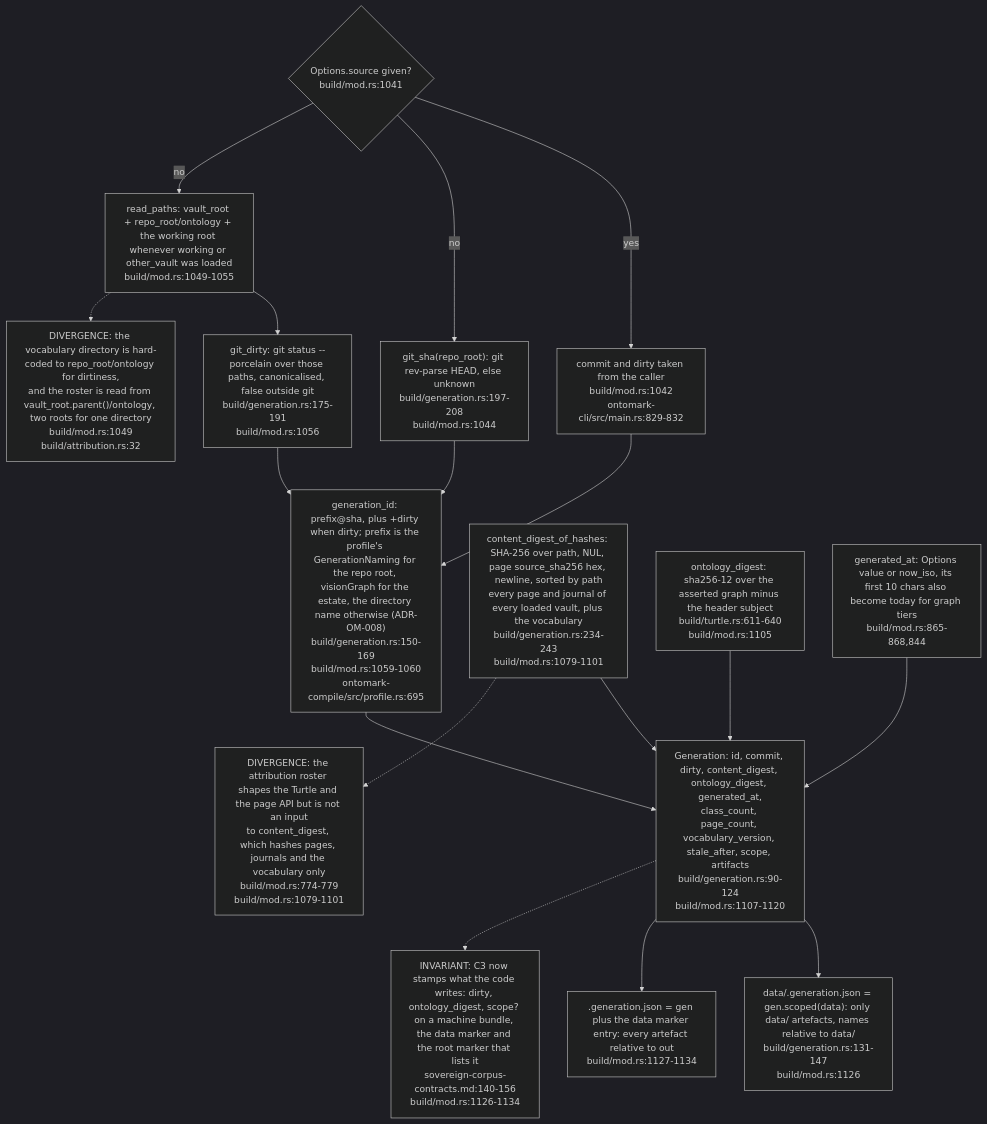
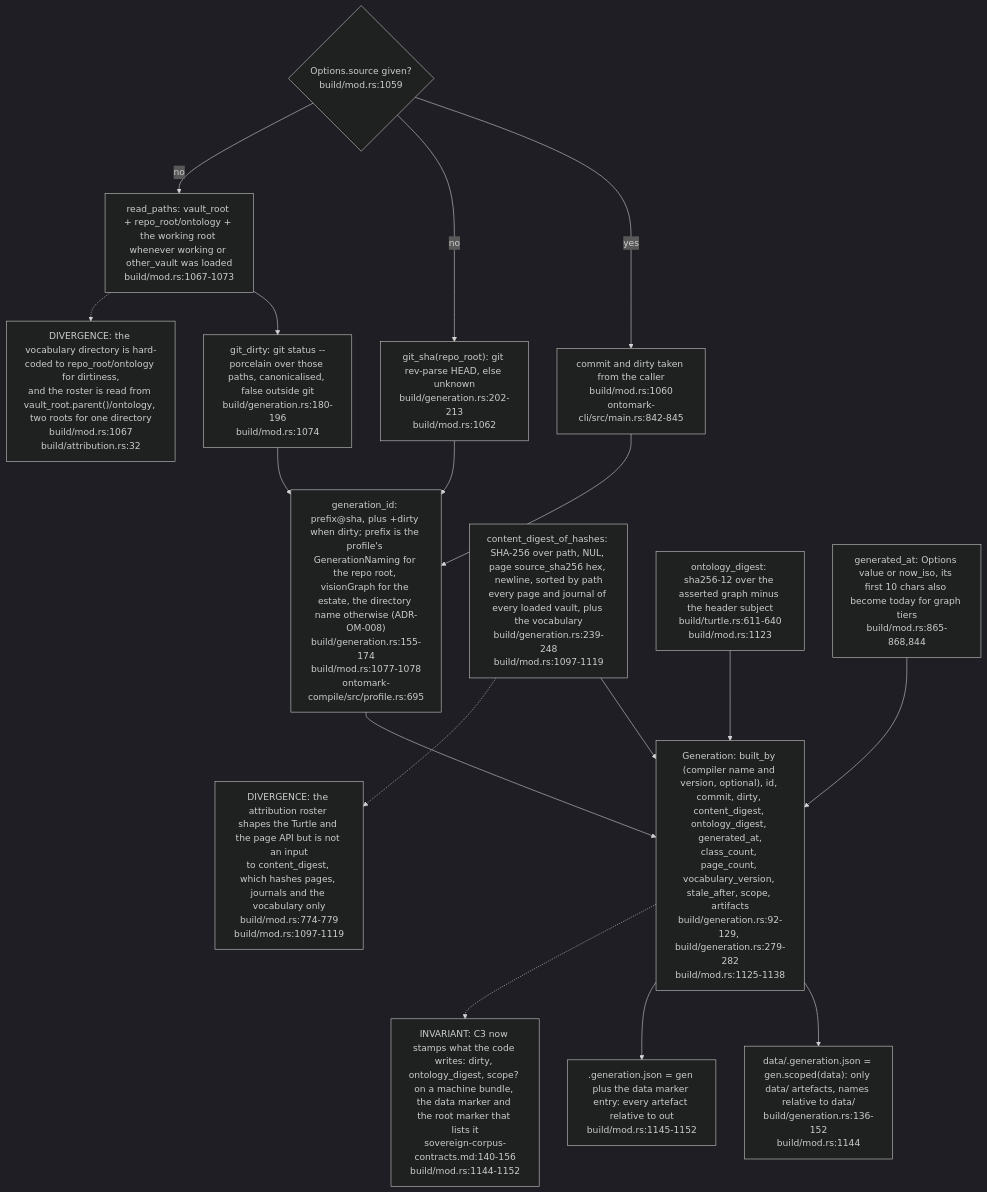
One commit to DreamLab-AI/VisionFlow changed the sixth of 8 diagrams in docs/diagrams/ontomark/03-build-run-gates-staging-and-generation.md. Above: the diagram before and after it, drawn with Mermaid (dark theme). The commit also changed other lines of this file and 70 other files, not shown here.

First line of the commit message:
docs(diagrams): re-verify 69 topics at current default-branch heads

````diff
--- a/docs/diagrams/ontomark/03-build-run-gates-staging-and-generation.md
+++ b/docs/diagrams/ontomark/03-build-run-gates-staging-and-generation.md
@@ -229,30 +231,30 @@
 ```mermaid
 flowchart TD
-    SRC{"Options.source given?<br/>build/mod.rs:1041"}
-    GIVEN["commit and dirty taken from the caller<br/>build/mod.rs:1042<br/>ontomark-cli/src/main.rs:829-832"]
-    SHA["git_sha(repo_root): git rev-parse HEAD, else unknown<br/>build/generation.rs:197-208<br/>build/mod.rs:1044"]
-    PATHS["read_paths: vault_root + repo_root/ontology + the working root whenever working or other_vault was loaded<br/>build/mod.rs:1049-1055"]
-    DIRTY["git_dirty: git status --porcelain over those paths, canonicalised, false outside git<br/>build/generation.rs:175-191<br/>build/mod.rs:1056"]
-    ID["generation_id: prefix@sha, plus +dirty when dirty; prefix is the profile's GenerationNaming for the repo root, visionGraph for the estate, the directory name otherwise (ADR-OM-008)<br/>build/generation.rs:150-169<br/>build/mod.rs:1059-1060<br/>ontomark-compile/src/profile.rs:695"]
-    CD["content_digest_of_hashes: SHA-256 over path, NUL, page source_sha256 hex, newline, sorted by path<br/>every page and journal of every loaded vault, plus the vocabulary<br/>build/generation.rs:234-243<br/>build/mod.rs:1079-1101"]
-    OD["ontology_digest: sha256-12 over the asserted graph minus the header subject<br/>build/turtle.rs:611-640<br/>build/mod.rs:1105"]
-    GEN["Generation: id, commit, dirty, content_digest, ontology_digest, generated_at,<br/>class_count, page_count, vocabulary_version, stale_after, scope, artifacts<br/>build/generation.rs:90-124<br/>build/mod.rs:1107-1120"]
-    M1["data/.generation.json = gen.scoped(data): only data/ artefacts, names relative to data/<br/>build/generation.rs:131-147<br/>build/mod.rs:1126"]
-    M2[".generation.json = gen plus the data marker entry: every artefact relative to out<br/>build/mod.rs:1127-1134"]
+    SRC{"Options.source given?<br/>build/mod.rs:1059"}
+    GIVEN["commit and dirty taken from the caller<br/>build/mod.rs:1060<br/>ontomark-cli/src/main.rs:842-845"]
+    SHA["git_sha(repo_root): git rev-parse HEAD, else unknown<br/>build/generation.rs:202-213<br/>build/mod.rs:1062"]
+    PATHS["read_paths: vault_root + repo_root/ontology + the working root whenever working or other_vault was loaded<br/>build/mod.rs:1067-1073"]
+    DIRTY["git_dirty: git status --porcelain over those paths, canonicalised, false outside git<br/>build/generation.rs:180-196<br/>build/mod.rs:1074"]
+    ID["generation_id: prefix@sha, plus +dirty when dirty; prefix is the profile's GenerationNaming for the repo root, visionGraph for the estate, the directory name otherwise (ADR-OM-008)<br/>build/generation.rs:155-174<br/>build/mod.rs:1077-1078<br/>ontomark-compile/src/profile.rs:695"]
+    CD["content_digest_of_hashes: SHA-256 over path, NUL, page source_sha256 hex, newline, sorted by path<br/>every page and journal of every loaded vault, plus the vocabulary<br/>build/generation.rs:239-248<br/>build/mod.rs:1097-1119"]
+    OD["ontology_digest: sha256-12 over the asserted graph minus the header subject<br/>build/turtle.rs:611-640<br/>build/mod.rs:1123"]
+    GEN["Generation: built_by (compiler name and version, optional), id, commit, dirty, content_digest, ontology_digest, generated_at,<br/>class_count, page_count, vocabulary_version, stale_after, scope, artifacts<br/>build/generation.rs:92-129, build/generation.rs:279-282<br/>build/mod.rs:1125-1138"]
+    M1["data/.generation.json = gen.scoped(data): only data/ artefacts, names relative to data/<br/>build/generation.rs:136-152<br/>build/mod.rs:1144"]
+    M2[".generation.json = gen plus the data marker entry: every artefact relative to out<br/>build/mod.rs:1145-1152"]
     GA["generated_at: Options value or now_iso, its first 10 chars also become today for graph tiers<br/>build/mod.rs:865-868,844"]
-    N1["DIVERGENCE: the attribution roster shapes the Turtle and the page API but is not an input<br/>to content_digest, which hashes pages, journals and the vocabulary only<br/>build/mod.rs:774-779<br/>build/mod.rs:1079-1101"]
-    N2["INVARIANT: C3 now stamps what the code writes: dirty, ontology_digest, scope? on a machine bundle, the data marker and the root marker that lists it<br/>sovereign-corpus-contracts.md:140-156<br/>build/mod.rs:1126-1134"]
-    N3["DIVERGENCE: the vocabulary directory is hard-coded to repo_root/ontology for dirtiness,<br/>and the roster is read from vault_root.parent()/ontology, two roots for one directory<br/>build/mod.rs:1049<br/>build/attribution.rs:32"]
+    N1["DIVERGENCE: the attribution roster shapes the Turtle and the page API but is not an input<br/>to content_digest, which hashes pages, journals and the vocabulary only<br/>build/mod.rs:774-779<br/>build/mod.rs:1097-1119"]
+    N2["INVARIANT: C3 now stamps what the code writes: dirty, ontology_digest, scope? on a machine bundle, the data marker and the root marker that lists it<br/>sovereign-corpus-contracts.md:140-156<br/>build/mod.rs:1144-1152"]
+    N3["DIVERGENCE: the vocabulary directory is hard-coded to repo_root/ontology for dirtiness,<br/>and the roster is read from vault_root.parent()/ontology, two roots for one directory<br/>build/mod.rs:1067<br/>build/attribution.rs:32"]
     SRC -- yes --> GIVEN --> ID
     SRC -- no --> SHA --> ID
     SRC -- no --> PATHS --> DIRTY --> ID
     ID --> GEN
     CD --> GEN
     OD --> GEN
     GA --> GEN
     GEN --> M1
     GEN --> M2
     CD -.-> N1
     GEN -.-> N2
     PATHS -.-> N3
 ```
````
